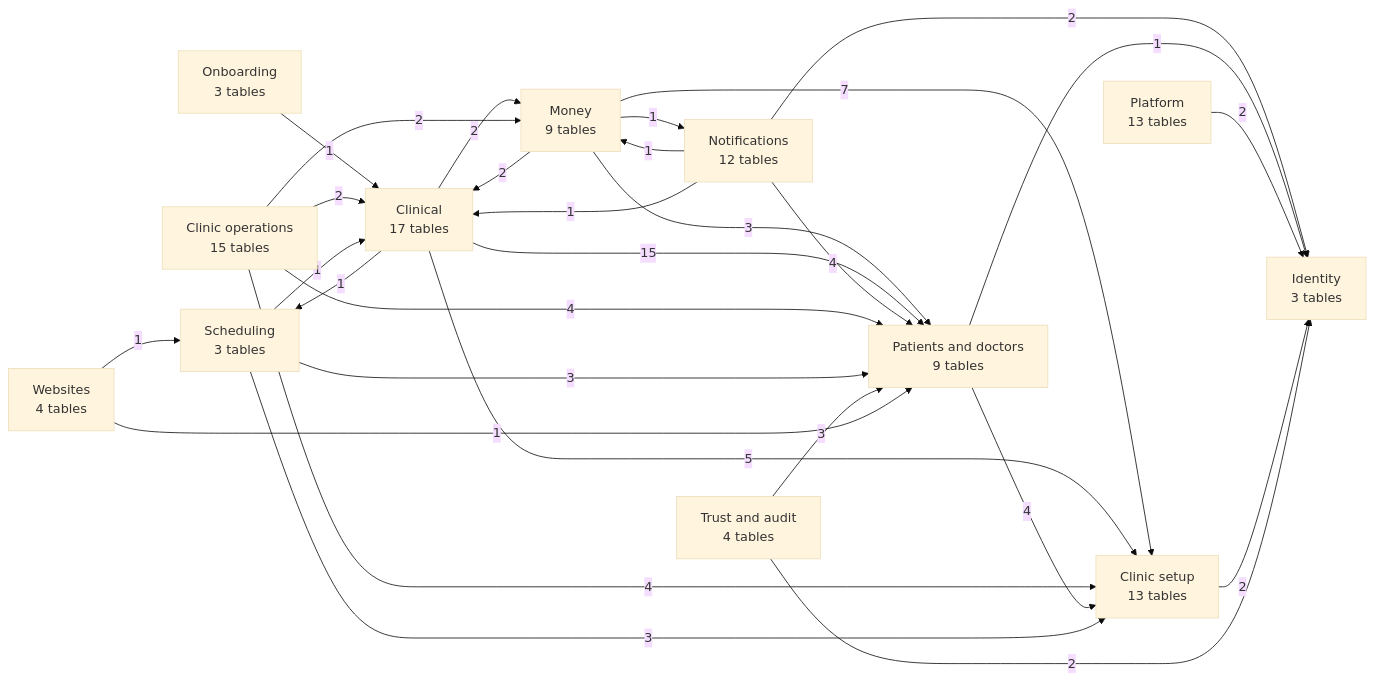
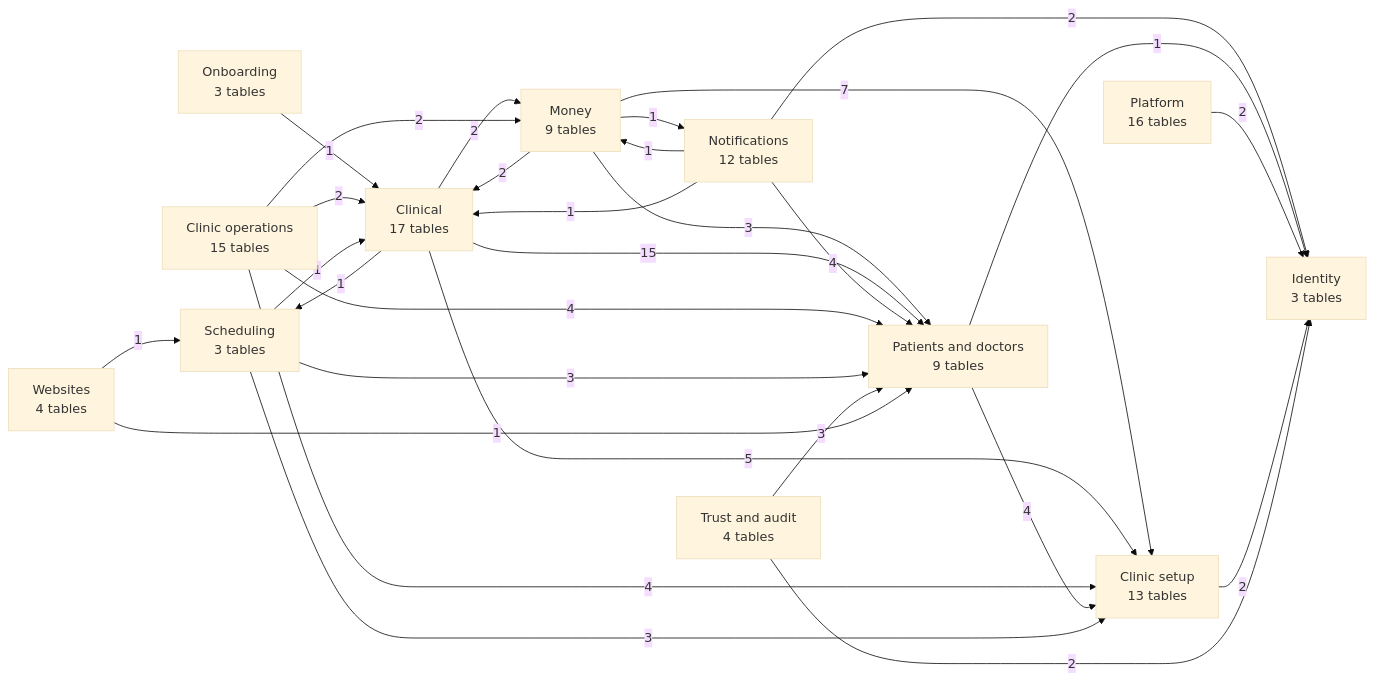
One commit to sakalyatechnologies/aarogyam changed the first of 13 diagrams in docs/database.md. Above: the diagram before and after it, drawn with Mermaid (base theme). The commit also changed other lines of this file and 3 other files, not shown here.

First line of the commit message:
docs(schema): quality tables for the super admin test dashboard

````diff
--- a/docs/database.md
+++ b/docs/database.md
@@ -20,43 +20,43 @@
 ```mermaid
 flowchart LR
-  platform["Platform<br/>13 tables"]
+  platform["Platform<br/>16 tables"]
   iam["Identity<br/>3 tables"]
   tenancy["Clinic setup<br/>13 tables"]
   people["Patients and doctors<br/>9 tables"]
   scheduling["Scheduling<br/>3 tables"]
   clinical["Clinical<br/>17 tables"]
   ops["Clinic operations<br/>15 tables"]
   billing["Money<br/>9 tables"]
   notify["Notifications<br/>12 tables"]
   web["Websites<br/>4 tables"]
   trust["Trust and audit<br/>4 tables"]
   onboarding["Onboarding<br/>3 tables"]
   billing -->|2| clinical
   billing -->|1| notify
   billing -->|3| people
   billing -->|7| tenancy
   clinical -->|2| billing
   clinical -->|15| people
   clinical -->|1| scheduling
   clinical -->|5| tenancy
   notify -->|1| billing
   notify -->|1| clinical
   notify -->|2| iam
   notify -->|4| people
   onboarding -->|1| clinical
   ops -->|2| billing
   ops -->|2| clinical
   ops -->|4| people
   ops -->|4| tenancy
   people -->|1| iam
   people -->|4| tenancy
   platform -->|2| iam
   scheduling -->|1| clinical
   scheduling -->|3| people
   scheduling -->|3| tenancy
   tenancy -->|2| iam
   trust -->|2| iam
   trust -->|3| people
   web -->|1| people
   web -->|1| scheduling
 ```
````
